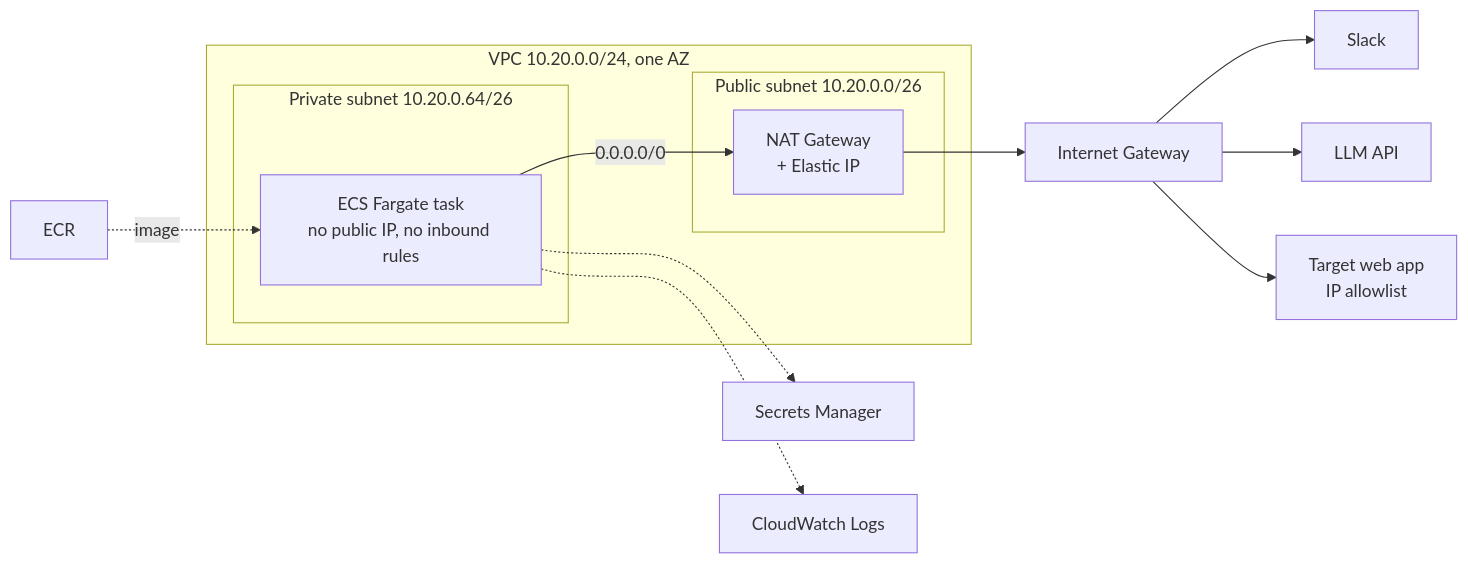
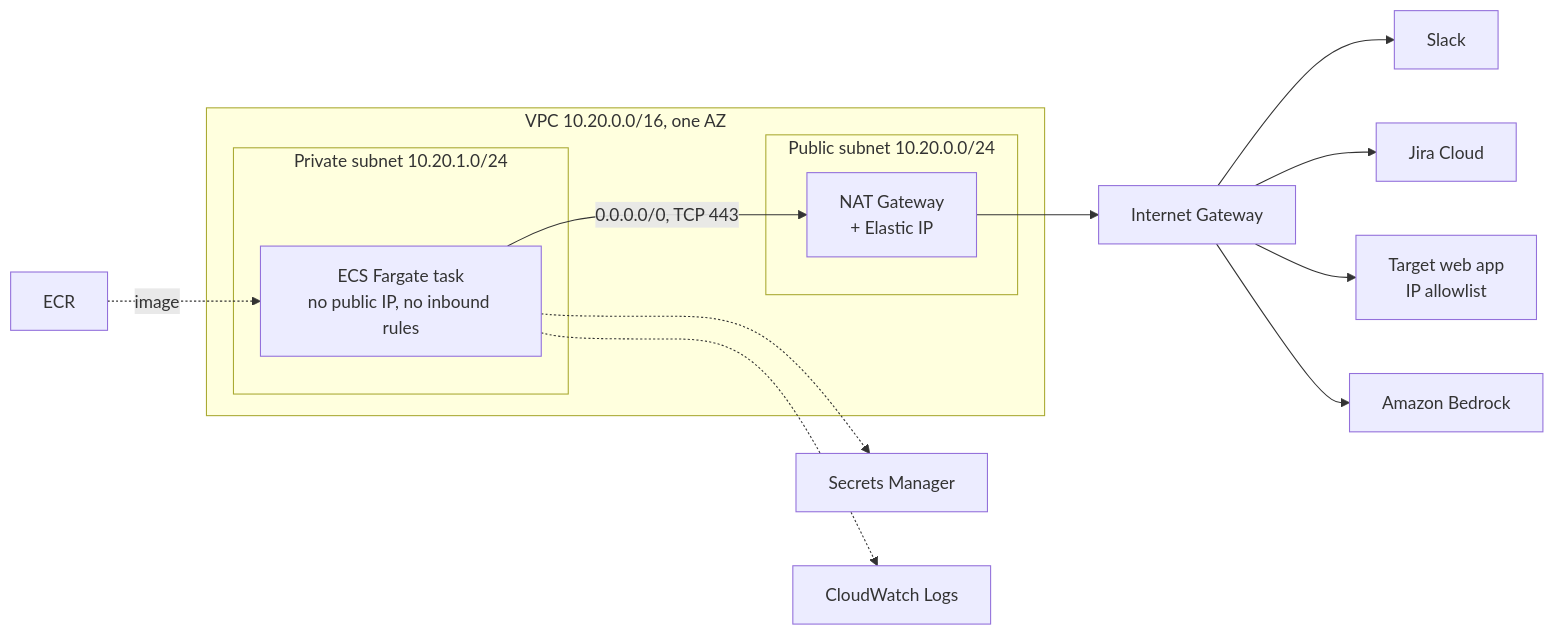
Before and after one commit to phuc-nt/slack-web-automation-poc: the diagram in docs/03-aws-deployment.md, drawn with Mermaid. The commit also changed other lines of this file and 30 other files, not shown here.

````diff
--- a/docs/03-aws-deployment.md
+++ b/docs/03-aws-deployment.md
@@ -28,22 +13,24 @@
 ```mermaid
 flowchart LR
     S[Slack]
-    L[LLM API]
+    J[Jira Cloud]
     T[Target web app<br/>IP allowlist]
-    subgraph VPC[VPC 10.20.0.0/24, one AZ]
-        subgraph PRI[Private subnet 10.20.0.64/26]
+    B[Amazon Bedrock]
+    subgraph VPC[VPC 10.20.0.0/16, one AZ]
+        subgraph PRI[Private subnet 10.20.1.0/24]
             A[ECS Fargate task<br/>no public IP, no inbound rules]
         end
-        subgraph PUB[Public subnet 10.20.0.0/26]
+        subgraph PUB[Public subnet 10.20.0.0/24]
             N[NAT Gateway<br/>+ Elastic IP]
         end
-        A -->|0.0.0.0/0| N
+        A -->|0.0.0.0/0, TCP 443| N
     end
     N --> I[Internet Gateway]
     I --> S
-    I --> L
+    I --> J
     I --> T
+    I --> B
     A -.-> M[Secrets Manager]
     A -.-> C[CloudWatch Logs]
     R[ECR] -.->|image| A
 ```
````
